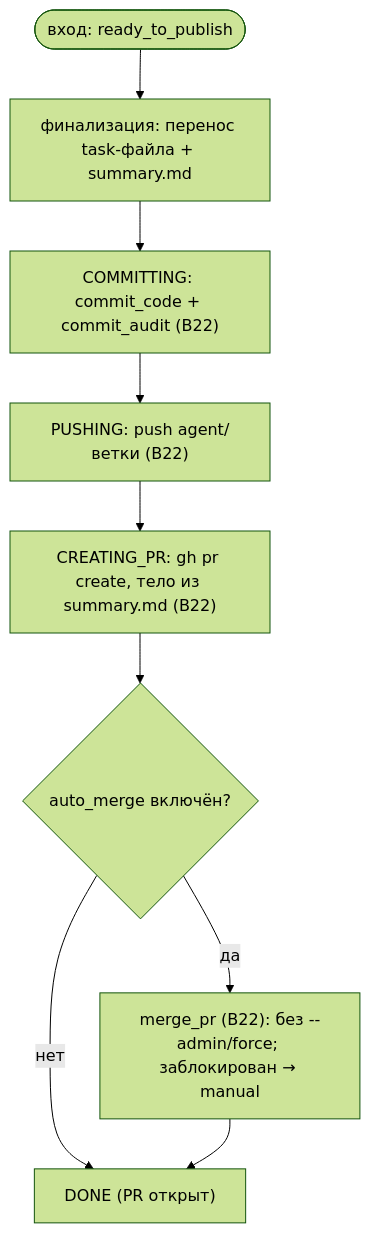
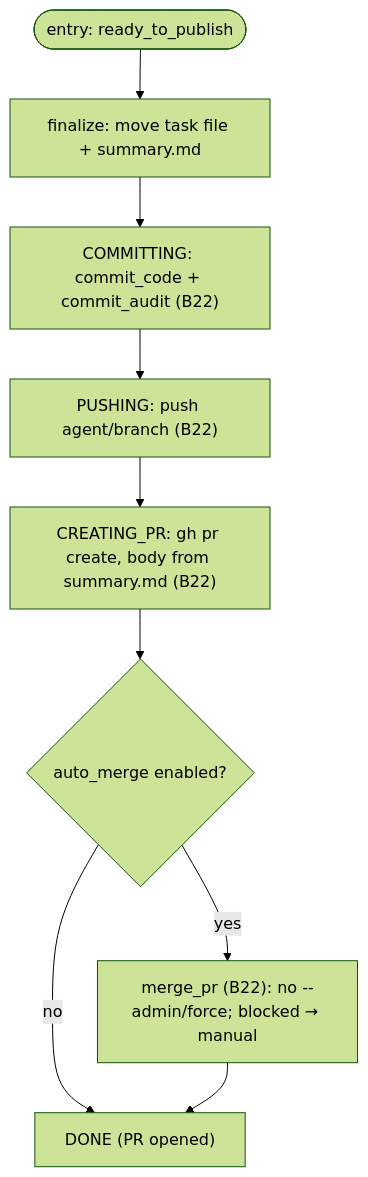
Before and after one commit to VladimirMakarevich/wastech-orchestrator: the diagram in docs/functional/flows/coding/S08-publishing.md, drawn with Mermaid (forest theme). The commit also changed other lines of this file and 41 other files, not shown here.

Commit message:
docs: translate system flows documentation from Russian to English, ensuring clarity and consistency in terminology. Update sequence diagrams and flowcharts to reflect the changes in language. Maintain the structure and references to blocks for ease of navigation.

````diff
--- a/docs/functional/flows/coding/S08-publishing.md
+++ b/docs/functional/flows/coding/S08-publishing.md
@@ -39,11 +39,11 @@
 ```mermaid
 flowchart TB
-    start(["вход: ready_to_publish"]) --> fin["финализация: перенос task-файла + summary.md"]
+    start(["entry: ready_to_publish"]) --> fin["finalize: move task file + summary.md"]
     fin --> commit["COMMITTING: commit_code + commit_audit (B22)"]
-    commit --> push["PUSHING: push agent/ветки (B22)"]
-    push --> pr["CREATING_PR: gh pr create, тело из summary.md (B22)"]
-    pr --> am{"auto_merge включён?"}
-    am -->|да| merge["merge_pr (B22): без --admin/force; заблокирован → manual"]
-    am -->|нет| done["DONE (PR открыт)"]
+    commit --> push["PUSHING: push agent/branch (B22)"]
+    push --> pr["CREATING_PR: gh pr create, body from summary.md (B22)"]
+    pr --> am{"auto_merge enabled?"}
+    am -->|yes| merge["merge_pr (B22): no --admin/force; blocked → manual"]
+    am -->|no| done["DONE (PR opened)"]
     merge --> done
 ```
````
